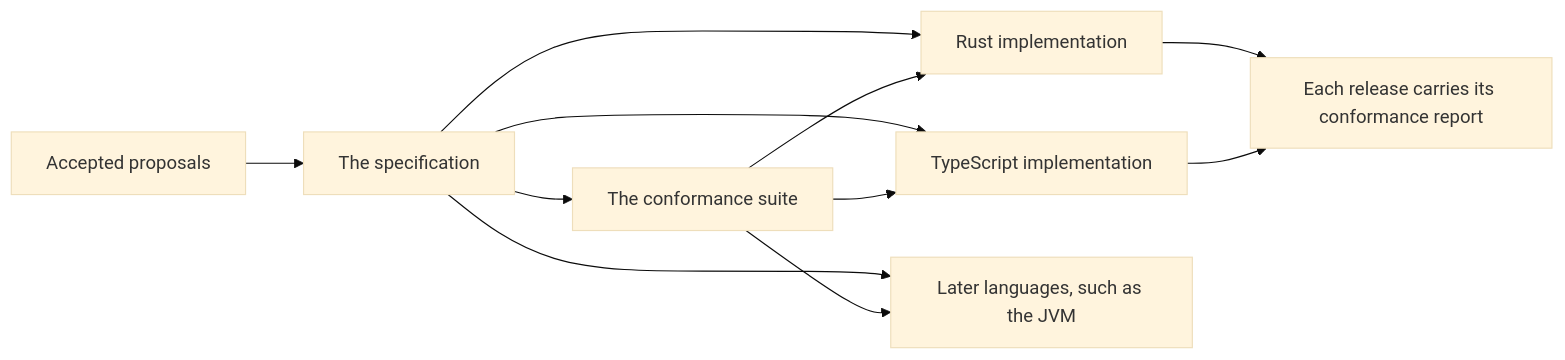
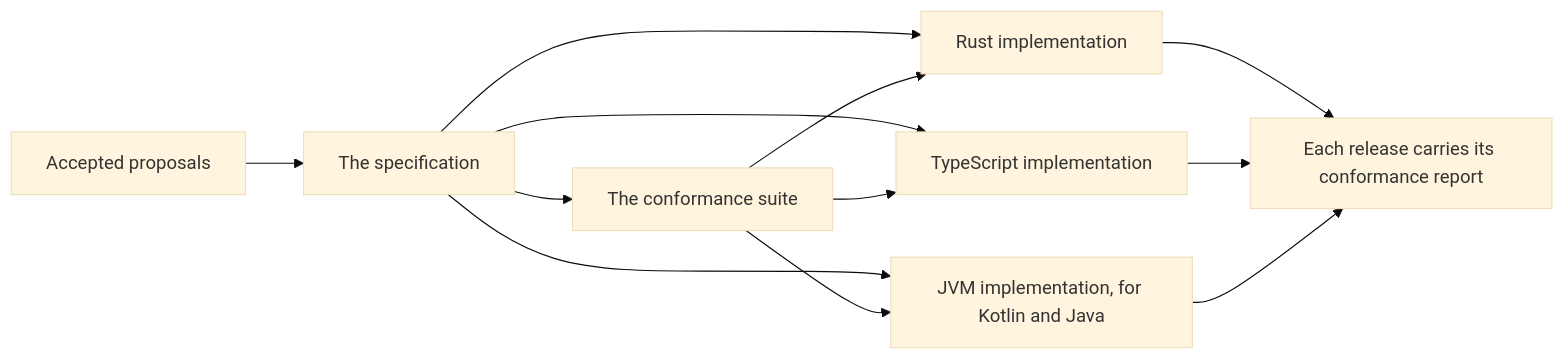
The diagram in content/specification.md (itinera-dev/itinera-dev.github.io), drawn with Mermaid (base theme) before and after one commit. The commit also changed other lines of this file and 7 other files, not shown here.

First line of the commit message:
Announce Kotlin and Java 0.1.0-beta.7 and list both languages

````diff
--- a/content/specification.md
+++ b/content/specification.md
@@ -12,15 +12,16 @@
 ```mermaid
 flowchart LR
     accTitle: How the specification, the conformance suite and the implementations fit together
-    accDescr: Accepted proposals are written into the specification. The conformance cases check the specification's behaviour. Each language's implementation follows the specification and runs the conformance cases, and each release carries its report.
+    accDescr: Accepted proposals are written into the specification. The conformance cases check the specification's behaviour. The Rust, TypeScript and JVM implementations, the JVM one serving Kotlin and Java, follow the specification and run the conformance cases, and each release carries its report.
     P[Accepted proposals] --> S[The specification]
     S --> C[The conformance suite]
     S --> R[Rust implementation]
     S --> TS[TypeScript implementation]
-    S --> T[Later languages, such as the JVM]
+    S --> J[JVM implementation, for Kotlin and Java]
     C --> R
     C --> TS
-    C --> T
+    C --> J
     R --> REP[Each release carries its conformance report]
     TS --> REP
+    J --> REP
 ```
````
